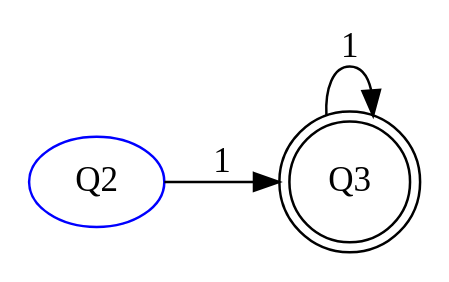
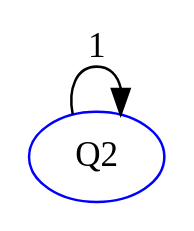
Before and after one commit to Ruting-Team/CGH-STDLIB: the diagram in nfa2.dot, drawn with Graphviz. The commit also changed 9 other files, not shown here.

```diff
--- a/nfa2.dot
+++ b/nfa2.dot
@@ -1,9 +1,8 @@
 digraph {
 rankdir=LR;
 Q2[color=blue];
 node [shape=doublecircle];
-Q3 ;
+Q2 ;
 node [shape=circle];
-Q3 -> Q3[label="1"];
-Q2 -> Q3[label="1"];
+Q2 -> Q2[label="1"];
 }
```
